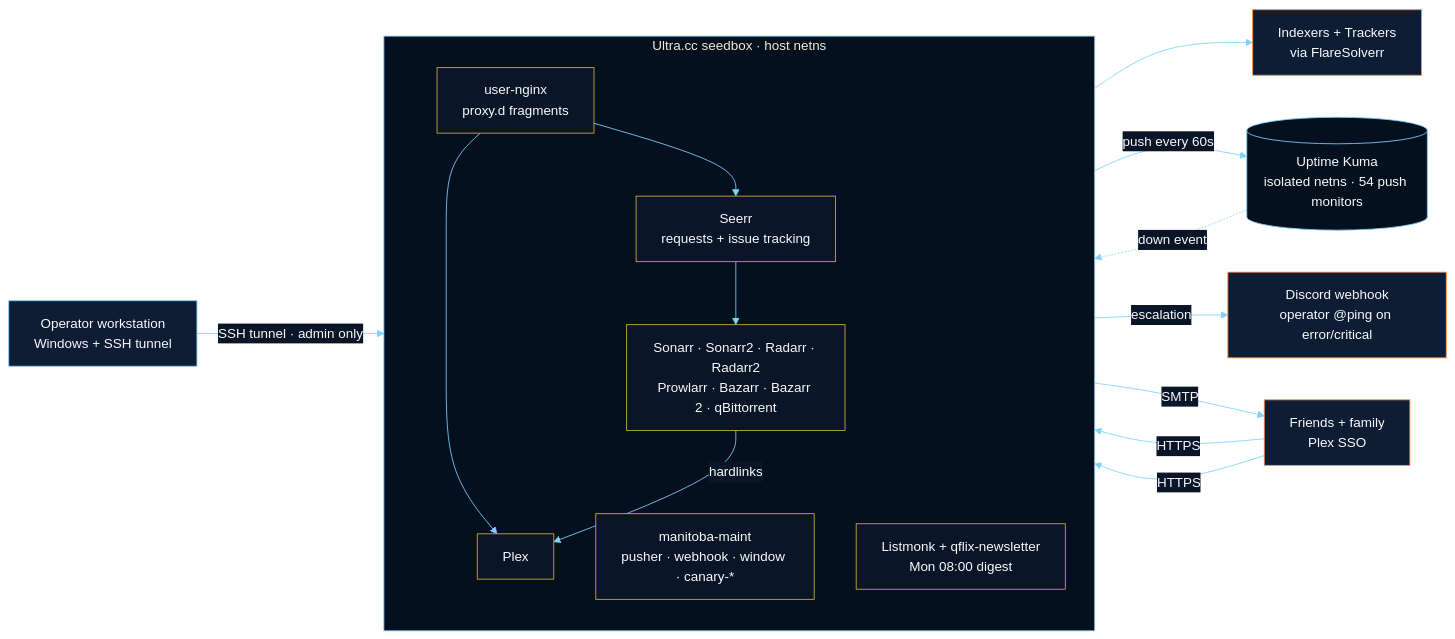
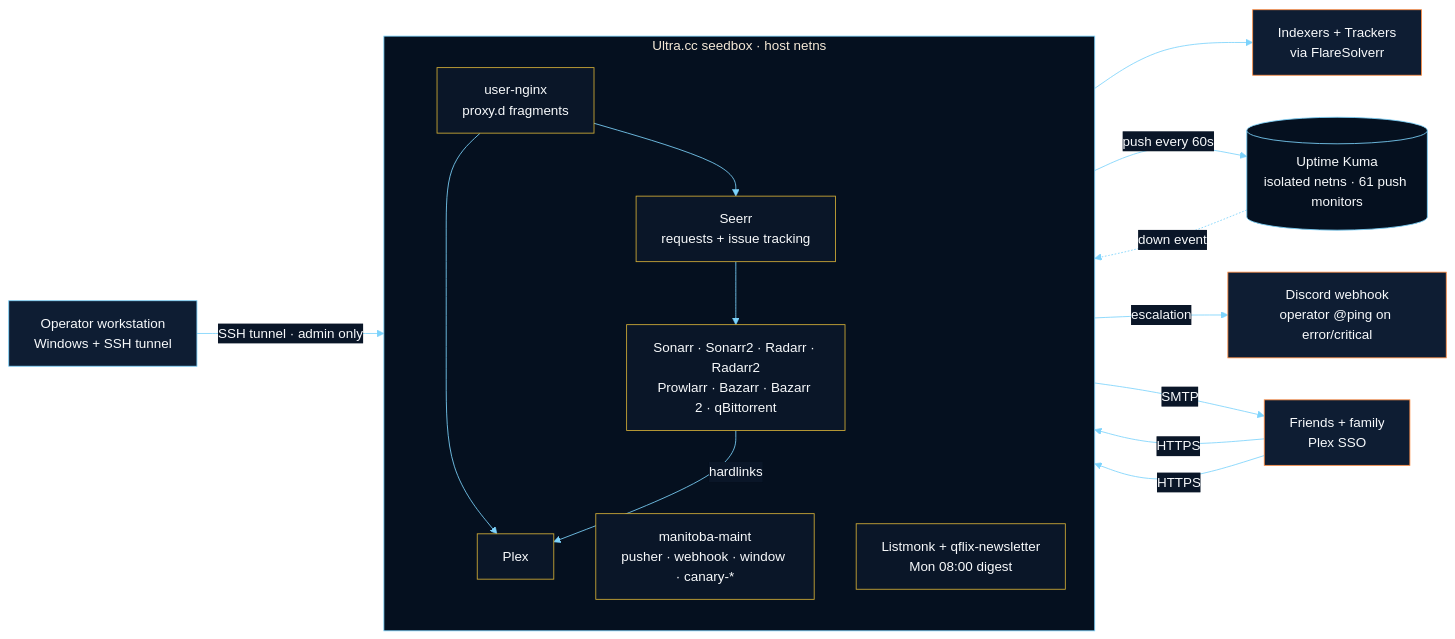
Before and after one commit to Quadstronaut/QFlix: the first of 6 diagrams in README.md, drawn with Mermaid. The commit also changed other lines of this file and 7 other files, not shown here.

````diff
--- a/README.md
+++ b/README.md
@@ -76,35 +76,35 @@
 ```mermaid
 %%{init: {'theme':'base','themeVariables':{'primaryColor':'#0e1d33','primaryTextColor':'#f8fafc','primaryBorderColor':'#ff8c42','lineColor':'#7dd3fc','secondaryColor':'#05101f','tertiaryColor':'#0a1628','clusterBkg':'#05101f','clusterBorder':'#7dd3fc','edgeLabelBackground':'#0a1628','fontFamily':'Segoe UI, Roboto, sans-serif'}}}%%
 flowchart LR
   classDef ext fill:#0e1d33,stroke:#ff8c42,color:#f8fafc
   classDef user fill:#0e1d33,stroke:#7dd3fc,color:#f8fafc
   classDef seedbox fill:#0a1628,stroke:#d4af37,color:#f8fafc
   classDef kuma fill:#05101f,stroke:#7dd3fc,color:#f8fafc
 
   user[Operator workstation<br/>Windows + SSH tunnel]:::user
   friends[Friends + family<br/>Plex SSO]:::ext
   ext[Indexers + Trackers<br/>via FlareSolverr]:::ext
 
   subgraph SB[Ultra.cc seedbox · host netns]
     direction TB
     nginx[user-nginx<br/>proxy.d fragments]:::seedbox
     plex[Plex]:::seedbox
     arr[Sonarr · Sonarr2 · Radarr · Radarr2<br/>Prowlarr · Bazarr · Bazarr 2 · qBittorrent]:::seedbox
     requests[Seerr<br/>requests + issue tracking]:::seedbox
     maint[manitoba-maint<br/>pusher · webhook · window · canary-*]:::seedbox
     comms[Listmonk + qflix-newsletter<br/>Mon 08:00 digest]:::seedbox
   end
 
-  kuma[(Uptime Kuma<br/>isolated netns · 54 push monitors)]:::kuma
+  kuma[(Uptime Kuma<br/>isolated netns · 61 push monitors)]:::kuma
   discord[Discord webhook<br/>operator @ping on error/critical]:::ext
 
   friends -->|HTTPS| nginx --> plex
   friends -->|HTTPS| nginx --> requests
   requests --> arr --> ext
   arr -->|hardlinks| plex
   user -->|SSH tunnel · admin only| arr
   maint -->|push every 60s| kuma
   kuma -.->|down event| maint
   maint -->|escalation| discord
   comms -->|SMTP| friends
 ```
````
